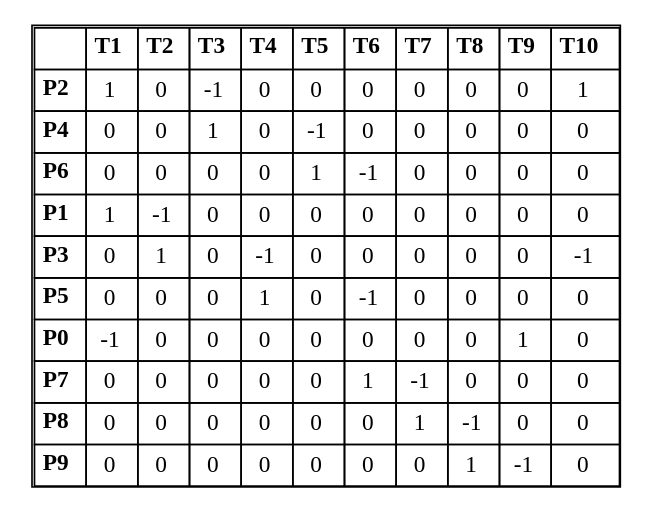
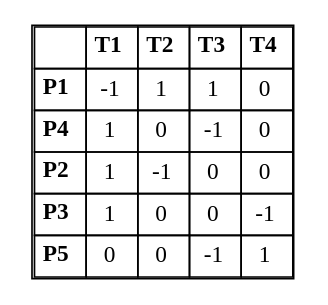
The diagram in visualization/incidence.dot (kimanh05/MHH-Petri-Nets), drawn with Graphviz before and after one commit. The commit also changed 36 other files, not shown here.

```diff
--- a/visualization/incidence.dot
+++ b/visualization/incidence.dot
@@ -1,18 +1,13 @@
 digraph Incidence {
     node [shape=plaintext];
     incidence_table [label=<
     <table border="1" cellborder="1" cellspacing="0" cellpadding="4">
-      <tr><td></td><td><b>T1</b></td><td><b>T2</b></td><td><b>T3</b></td><td><b>T4</b></td><td><b>T5</b></td><td><b>T6</b></td><td><b>T7</b></td><td><b>T8</b></td><td><b>T9</b></td><td><b>T10</b></td></tr>
-      <tr><td><b>P2</b></td><td>1</td><td>0</td><td>-1</td><td>0</td><td>0</td><td>0</td><td>0</td><td>0</td><td>0</td><td>1</td></tr>
-      <tr><td><b>P4</b></td><td>0</td><td>0</td><td>1</td><td>0</td><td>-1</td><td>0</td><td>0</td><td>0</td><td>0</td><td>0</td></tr>
-      <tr><td><b>P6</b></td><td>0</td><td>0</td><td>0</td><td>0</td><td>1</td><td>-1</td><td>0</td><td>0</td><td>0</td><td>0</td></tr>
-      <tr><td><b>P1</b></td><td>1</td><td>-1</td><td>0</td><td>0</td><td>0</td><td>0</td><td>0</td><td>0</td><td>0</td><td>0</td></tr>
-      <tr><td><b>P3</b></td><td>0</td><td>1</td><td>0</td><td>-1</td><td>0</td><td>0</td><td>0</td><td>0</td><td>0</td><td>-1</td></tr>
-      <tr><td><b>P5</b></td><td>0</td><td>0</td><td>0</td><td>1</td><td>0</td><td>-1</td><td>0</td><td>0</td><td>0</td><td>0</td></tr>
-      <tr><td><b>P0</b></td><td>-1</td><td>0</td><td>0</td><td>0</td><td>0</td><td>0</td><td>0</td><td>0</td><td>1</td><td>0</td></tr>
-      <tr><td><b>P7</b></td><td>0</td><td>0</td><td>0</td><td>0</td><td>0</td><td>1</td><td>-1</td><td>0</td><td>0</td><td>0</td></tr>
-      <tr><td><b>P8</b></td><td>0</td><td>0</td><td>0</td><td>0</td><td>0</td><td>0</td><td>1</td><td>-1</td><td>0</td><td>0</td></tr>
-      <tr><td><b>P9</b></td><td>0</td><td>0</td><td>0</td><td>0</td><td>0</td><td>0</td><td>0</td><td>1</td><td>-1</td><td>0</td></tr>
+      <tr><td></td><td><b>T1</b></td><td><b>T2</b></td><td><b>T3</b></td><td><b>T4</b></td></tr>
+      <tr><td><b>P1</b></td><td>-1</td><td>1</td><td>1</td><td>0</td></tr>
+      <tr><td><b>P4</b></td><td>1</td><td>0</td><td>-1</td><td>0</td></tr>
+      <tr><td><b>P2</b></td><td>1</td><td>-1</td><td>0</td><td>0</td></tr>
+      <tr><td><b>P3</b></td><td>1</td><td>0</td><td>0</td><td>-1</td></tr>
+      <tr><td><b>P5</b></td><td>0</td><td>0</td><td>-1</td><td>1</td></tr>
     </table>
     >];
 }
```
